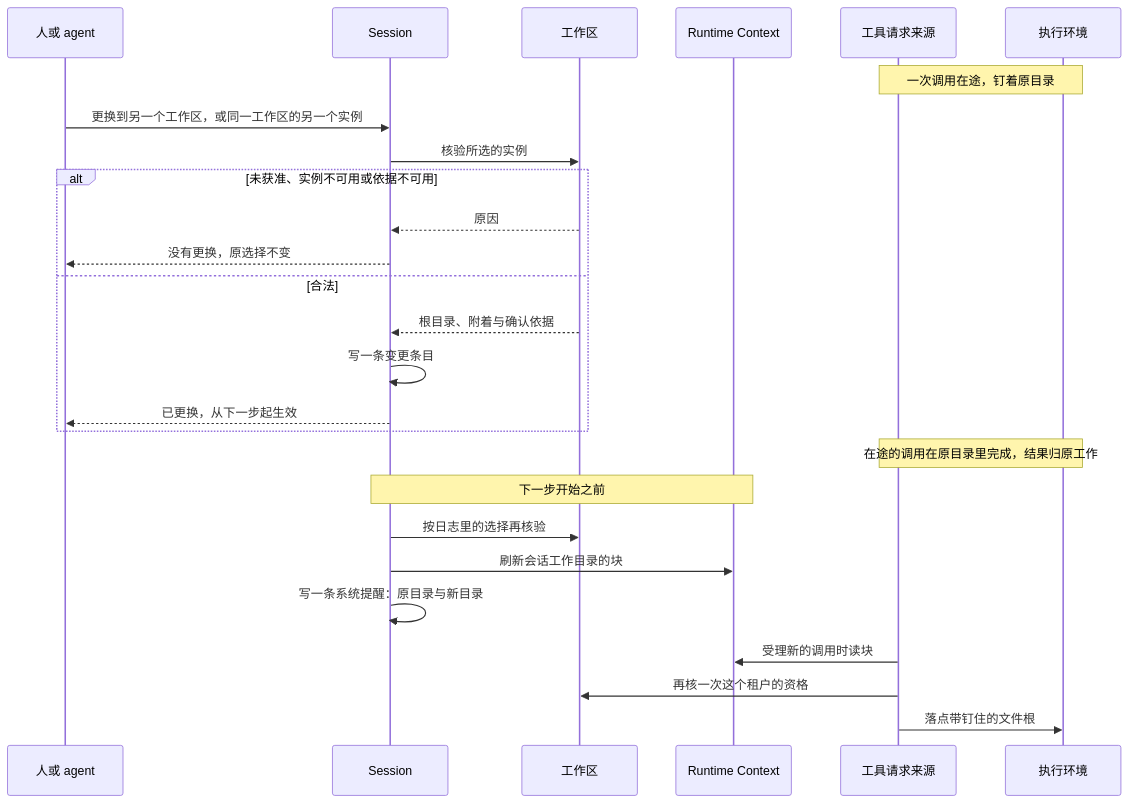
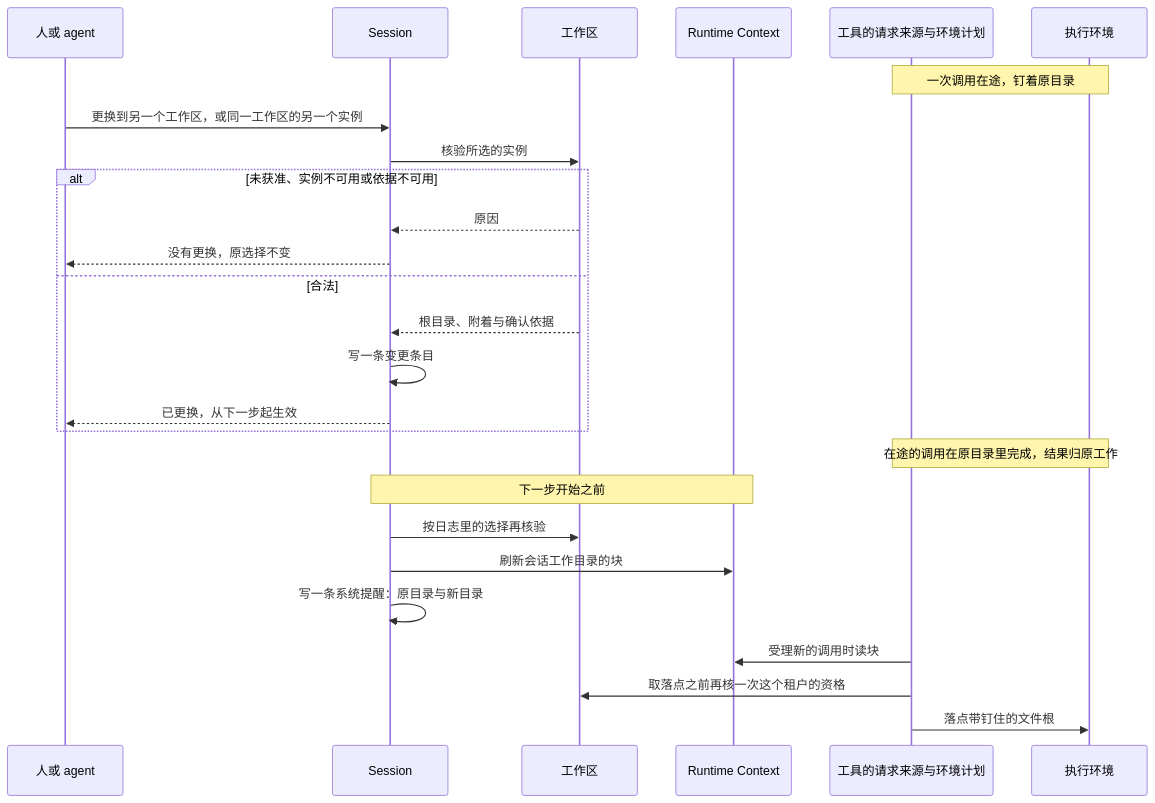
One commit to nemori-ai/omne-harness-lite changed the third of 3 diagrams in docs/domains/workspaces/key-flows.md. Above: the diagram before and after it, drawn with Mermaid. The commit also changed other lines of this file and 10 other files, not shown here.

````diff
--- a/docs/domains/workspaces/key-flows.md
+++ b/docs/domains/workspaces/key-flows.md
@@ -114,28 +114,28 @@
 ```mermaid
 sequenceDiagram
     participant U as 人或 agent
     participant S as Session
     participant W as 工作区
     participant R as Runtime Context
-    participant T as 工具请求来源
+    participant T as 工具的请求来源与环境计划
     participant E as 执行环境
     Note over T,E: 一次调用在途，钉着原目录
     U->>S: 更换到另一个工作区，或同一工作区的另一个实例
     S->>W: 核验所选的实例
     alt 未获准、实例不可用或依据不可用
         W-->>S: 原因
         S-->>U: 没有更换，原选择不变
     else 合法
         W-->>S: 根目录、附着与确认依据
         S->>S: 写一条变更条目
         S-->>U: 已更换，从下一步起生效
     end
     Note over T,E: 在途的调用在原目录里完成，结果归原工作
     Note over S,R: 下一步开始之前
     S->>W: 按日志里的选择再核验
     S->>R: 刷新会话工作目录的块
     S->>S: 写一条系统提醒：原目录与新目录
     T->>R: 受理新的调用时读块
-    T->>W: 再核一次这个租户的资格
+    T->>W: 取落点之前再核一次这个租户的资格
     T->>E: 落点带钉住的文件根
 ```
````
